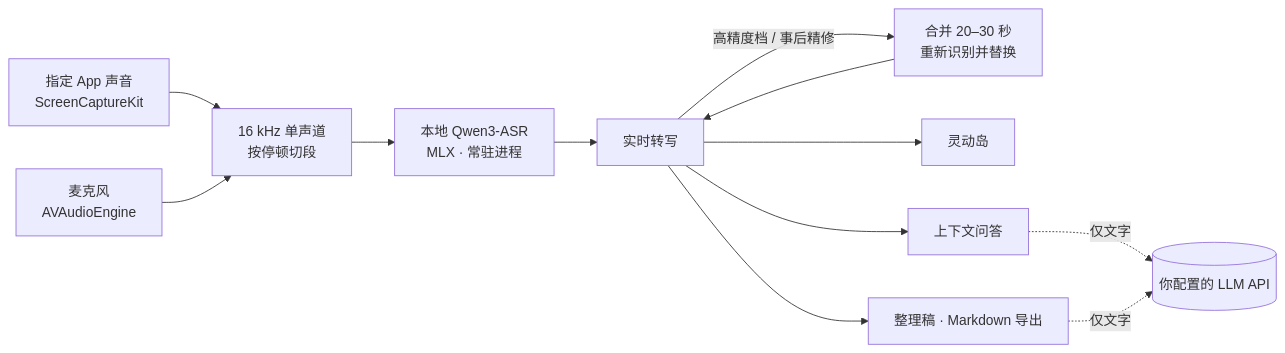
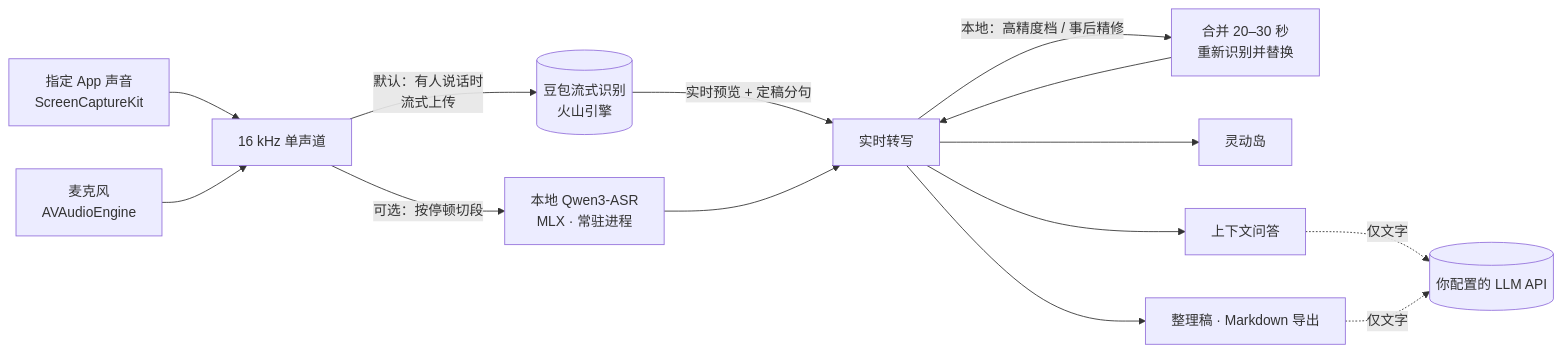
Before and after one commit to starsalwaysineyes/listenflow: the diagram in README.md, drawn with Mermaid. The commit also changed other lines of this file and 13 other files, not shown here.

````diff
--- a/README.md
+++ b/README.md
@@ -88,14 +88,16 @@
 ```mermaid
 flowchart LR
     A["指定 App 声音<br/>ScreenCaptureKit"] --> C
     B["麦克风<br/>AVAudioEngine"] --> C
-    C["16 kHz 单声道<br/>按停顿切段"] --> D["本地 Qwen3-ASR<br/>MLX · 常驻进程"]
-    D --> E["实时转写"]
-    E -->|"高精度档 / 事后精修"| F["合并 20–30 秒<br/>重新识别并替换"]
+    C["16 kHz 单声道"] -->|"默认：有人说话时<br/>流式上传"| V[("豆包流式识别<br/>火山引擎")]
+    V -->|"实时预览 + 定稿分句"| E["实时转写"]
+    C -->|"可选：按停顿切段"| D["本地 Qwen3-ASR<br/>MLX · 常驻进程"]
+    D --> E
+    E -->|"本地：高精度档 / 事后精修"| F["合并 20–30 秒<br/>重新识别并替换"]
     F --> E
     E --> G["灵动岛"]
     E --> H["上下文问答"]
     E --> I["整理稿 · Markdown 导出"]
     H -.->|"仅文字"| J[("你配置的 LLM API")]
     I -.->|"仅文字"| J
 ```
````
